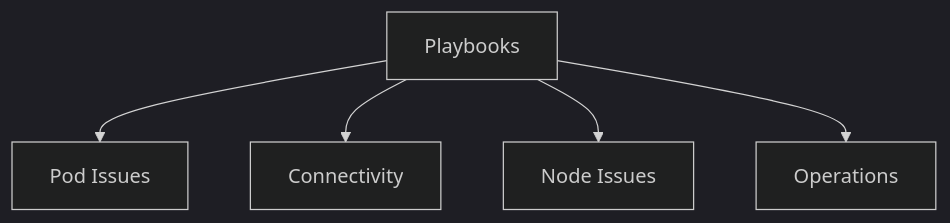
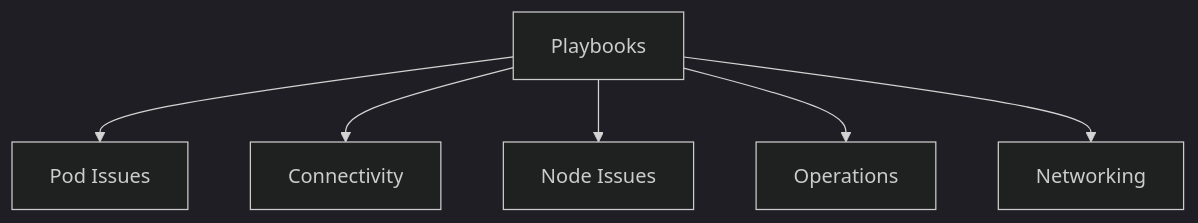
The diagram in docs/troubleshooting/playbooks/index.md (yeongseon/azure-kubernetes-service-practical-guide), drawn with Mermaid (dark theme) before and after one commit. The commit also changed other lines of this file and 9 other files, not shown here.

````diff
--- a/docs/troubleshooting/playbooks/index.md
+++ b/docs/troubleshooting/playbooks/index.md
@@ -23,7 +23,8 @@
 ```mermaid
 flowchart TD
     A[Playbooks] --> B[Pod Issues]
     A --> C[Connectivity]
     A --> D[Node Issues]
     A --> E[Operations]
+    A --> F[Networking]
 ```
````
